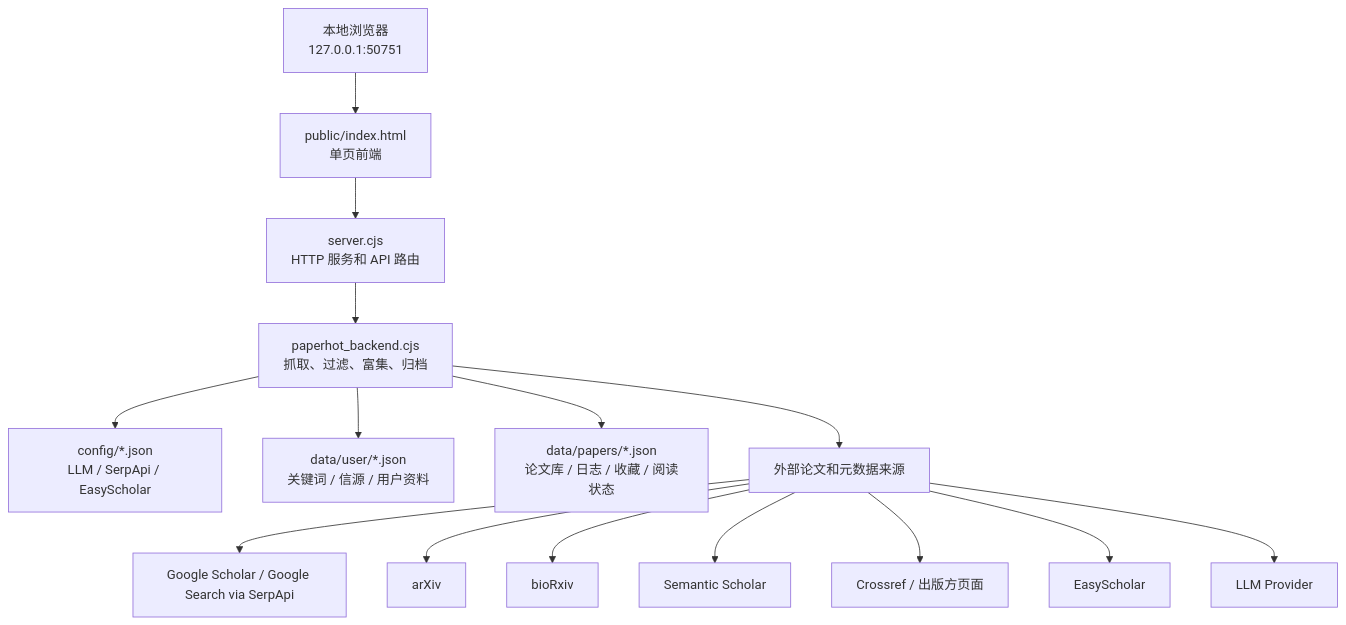
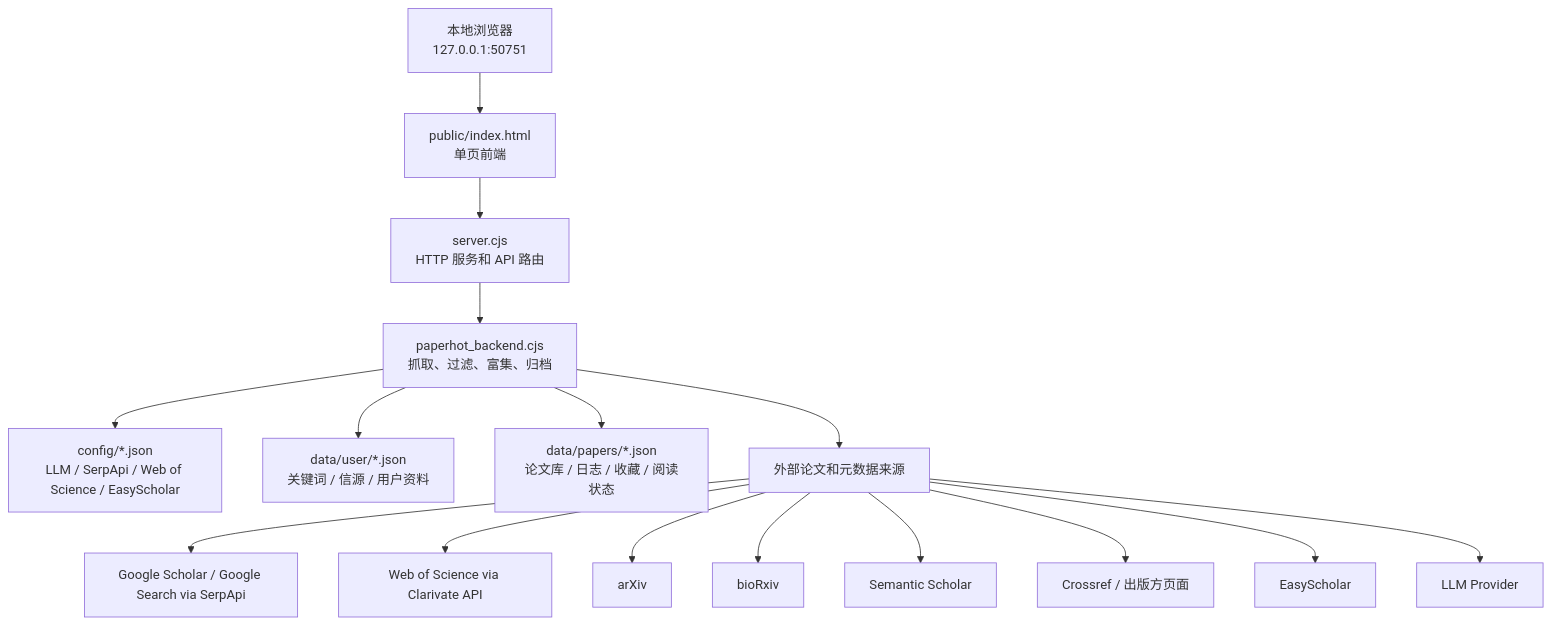
One commit to gouwenct/paperHot changed the diagram in README.md. Above: the diagram before and after it, drawn with Mermaid. The commit also changed other lines of this file and 8 other files, not shown here.

Commit message:
feat: add Web of Science source

````diff
--- a/README.md
+++ b/README.md
@@ -287,19 +291,20 @@
 ```mermaid
 flowchart TD
     Browser["本地浏览器<br/>127.0.0.1:50751"] --> Frontend["public/index.html<br/>单页前端"]
     Frontend --> Server["server.cjs<br/>HTTP 服务和 API 路由"]
     Server --> Core["paperhot_backend.cjs<br/>抓取、过滤、富集、归档"]
 
-    Core --> Config["config/*.json<br/>LLM / SerpApi / EasyScholar"]
+    Core --> Config["config/*.json<br/>LLM / SerpApi / Web of Science / EasyScholar"]
     Core --> UserData["data/user/*.json<br/>关键词 / 信源 / 用户资料"]
     Core --> PaperData["data/papers/*.json<br/>论文库 / 日志 / 收藏 / 阅读状态"]
 
     Core --> Sources["外部论文和元数据来源"]
     Sources --> Google["Google Scholar / Google Search via SerpApi"]
+    Sources --> WoS["Web of Science via Clarivate API"]
     Sources --> Arxiv["arXiv"]
     Sources --> Biorxiv["bioRxiv"]
     Sources --> Semantic["Semantic Scholar"]
     Sources --> Crossref["Crossref / 出版方页面"]
     Sources --> EasyScholar["EasyScholar"]
     Sources --> LLM["LLM Provider"]
 ```
````
